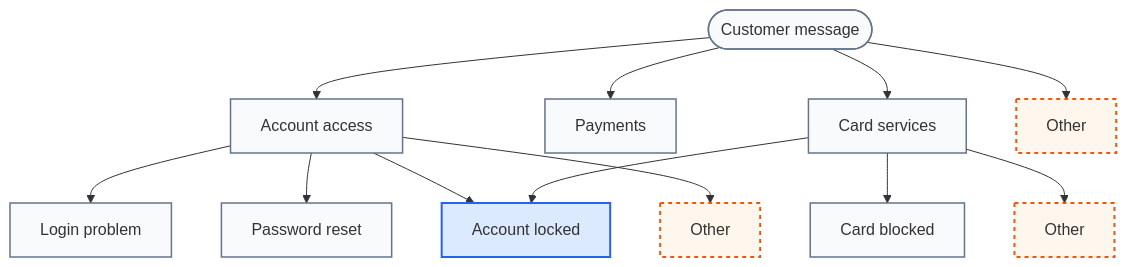
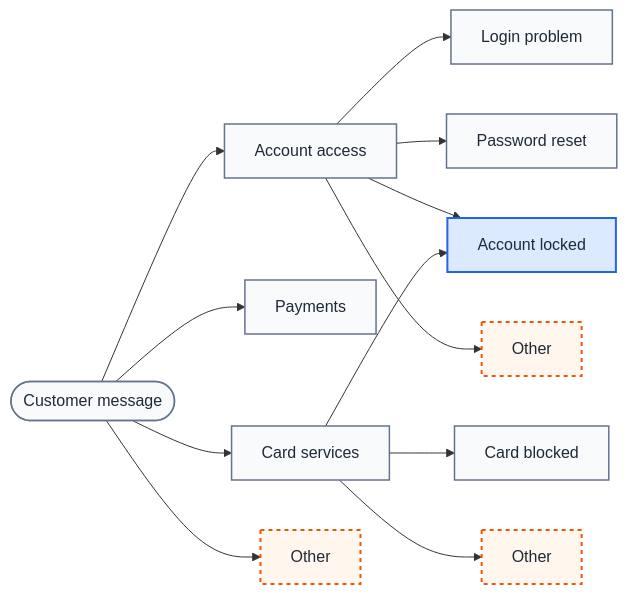
Before and after one commit to FridljDa/FridljDa.github.io: the second of 5 diagrams in src/content/blog/first-level-support-automation.mdx, drawn with Mermaid. The commit also changed other lines of this file and 32 other files, not shown here.

````diff
--- a/src/content/blog/first-level-support-automation.mdx
+++ b/src/content/blog/first-level-support-automation.mdx
@@ -64,24 +64,24 @@
 ```mermaid
-flowchart TD
+flowchart LR
     R(["Customer message"])
     R --> P1["Account access"]
     R --> P2["Payments"]
     R --> P3["Card services"]
     R --> POT["Other"]
 
     P1 --> P1A["Login problem"]
     P1 --> P1B["Password reset"]
     P1 --> LOCKED["Account locked"]
     P1 --> P1OT["Other"]
 
     P3 --> P3A["Card blocked"]
     P3 --> LOCKED
     P3 --> P3OT["Other"]
 
-    classDef intent fill:#f8fafc,stroke:#64748b,stroke-width:1.5px
-    classDef selected fill:#dbeafe,stroke:#2563eb,stroke-width:2px
-    classDef fallback fill:#fff7ed,stroke:#ea580c,stroke-width:2px,stroke-dasharray:4 4
+    classDef intent fill:#f8fafc,stroke:#64748b,stroke-width:1.5px,color:#1f2937
+    classDef selected fill:#dbeafe,stroke:#2563eb,stroke-width:2px,color:#1f2937
+    classDef fallback fill:#fff7ed,stroke:#ea580c,stroke-width:2px,stroke-dasharray:4 4,color:#1f2937
     class R,P1,P2,P3,P1A,P1B,P3A intent
     class LOCKED selected
     class POT,P1OT,P3OT fallback
 ```
````
